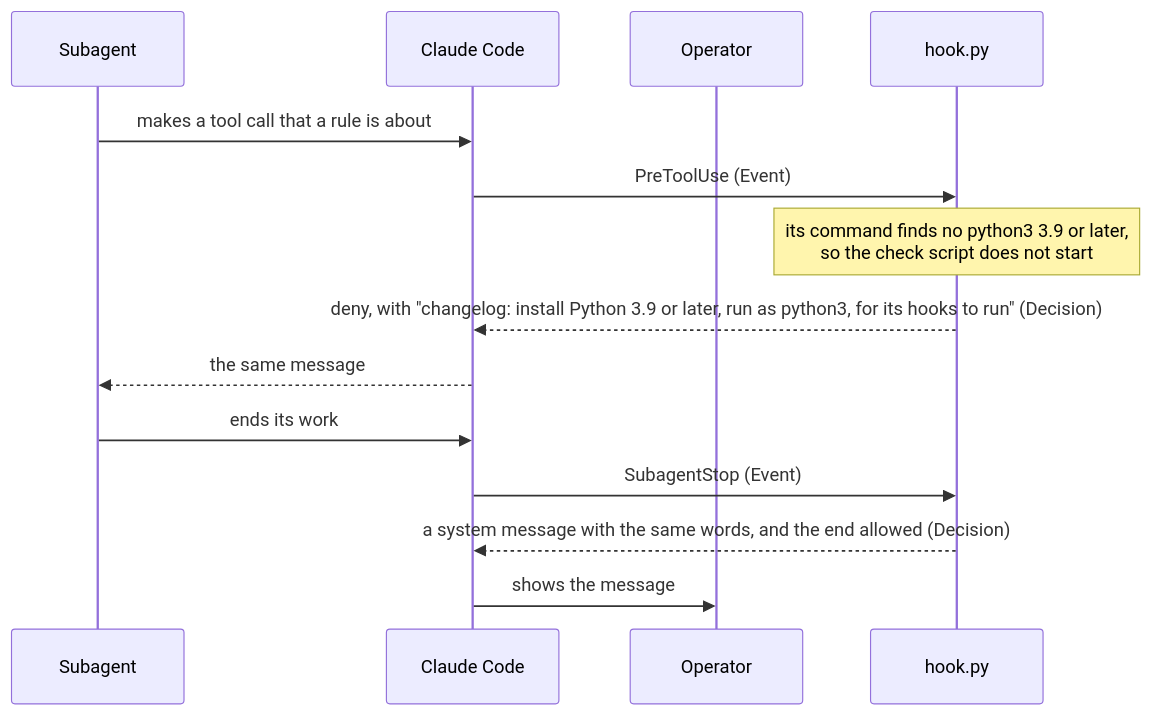
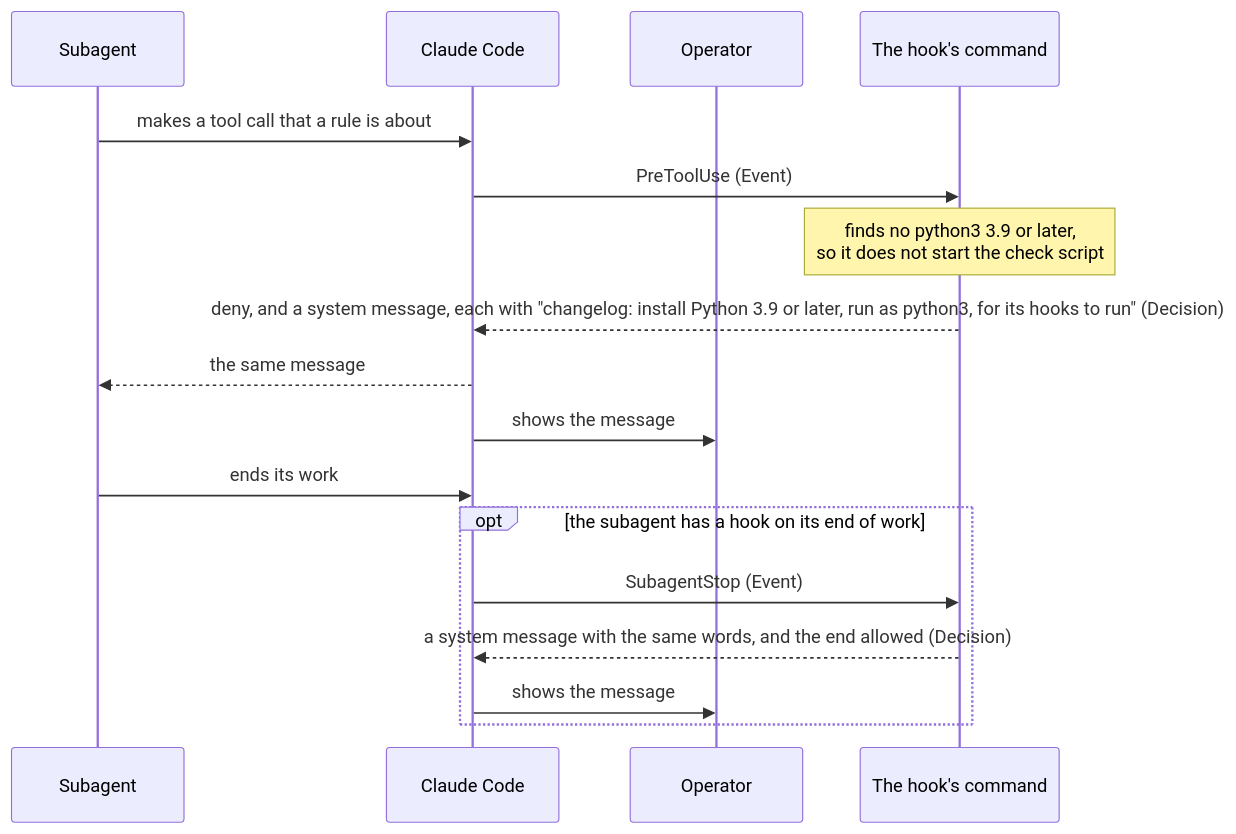
The sixth of 7 diagrams in dev/lane/architecture.md (lovaizu/ccpm), drawn with Mermaid before and after one commit. The commit also changed other lines of this file and 2 other files, not shown here.

First line of the commit message:
Mend lane's UX, README and architecture on a fresh evaluator's reading

````diff
--- a/dev/lane/architecture.md
+++ b/dev/lane/architecture.md
@@ -342,16 +363,19 @@
 ```mermaid
 sequenceDiagram
   participant SA as Subagent
   participant CC as Claude Code
   participant OP as Operator
-  participant H as hook.py
+  participant HC as The hook's command
   SA->>CC: makes a tool call that a rule is about
-  CC->>H: PreToolUse (Event)
-  Note over H: its command finds no python3 3.9 or later,<br>so the check script does not start
-  H-->>CC: deny, with "changelog: install Python 3.9 or later, run as python3, for its hooks to run" (Decision)
+  CC->>HC: PreToolUse (Event)
+  Note over HC: finds no python3 3.9 or later,<br>so it does not start the check script
+  HC-->>CC: deny, and a system message, each with "changelog: install Python 3.9 or later, run as python3, for its hooks to run" (Decision)
   CC-->>SA: the same message
+  CC->>OP: shows the message
   SA->>CC: ends its work
-  CC->>H: SubagentStop (Event)
-  H-->>CC: a system message with the same words, and the end allowed (Decision)
-  CC->>OP: shows the message
+  opt the subagent has a hook on its end of work
+    CC->>HC: SubagentStop (Event)
+    HC-->>CC: a system message with the same words, and the end allowed (Decision)
+    CC->>OP: shows the message
+  end
 ```
````
